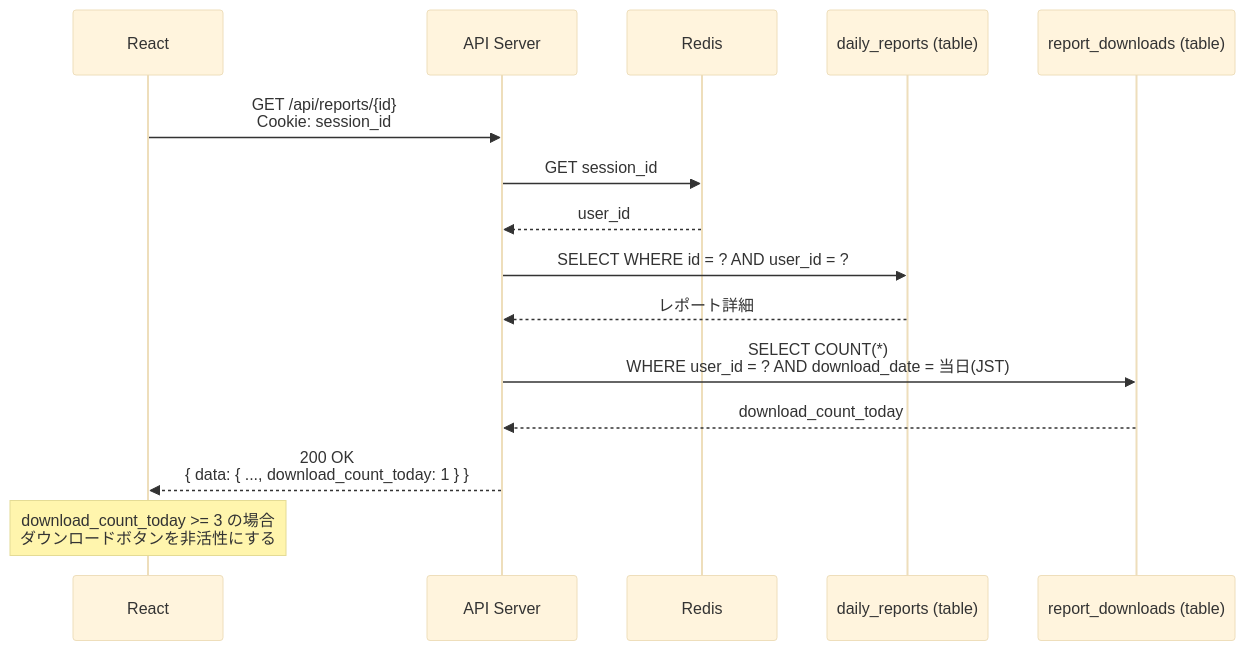
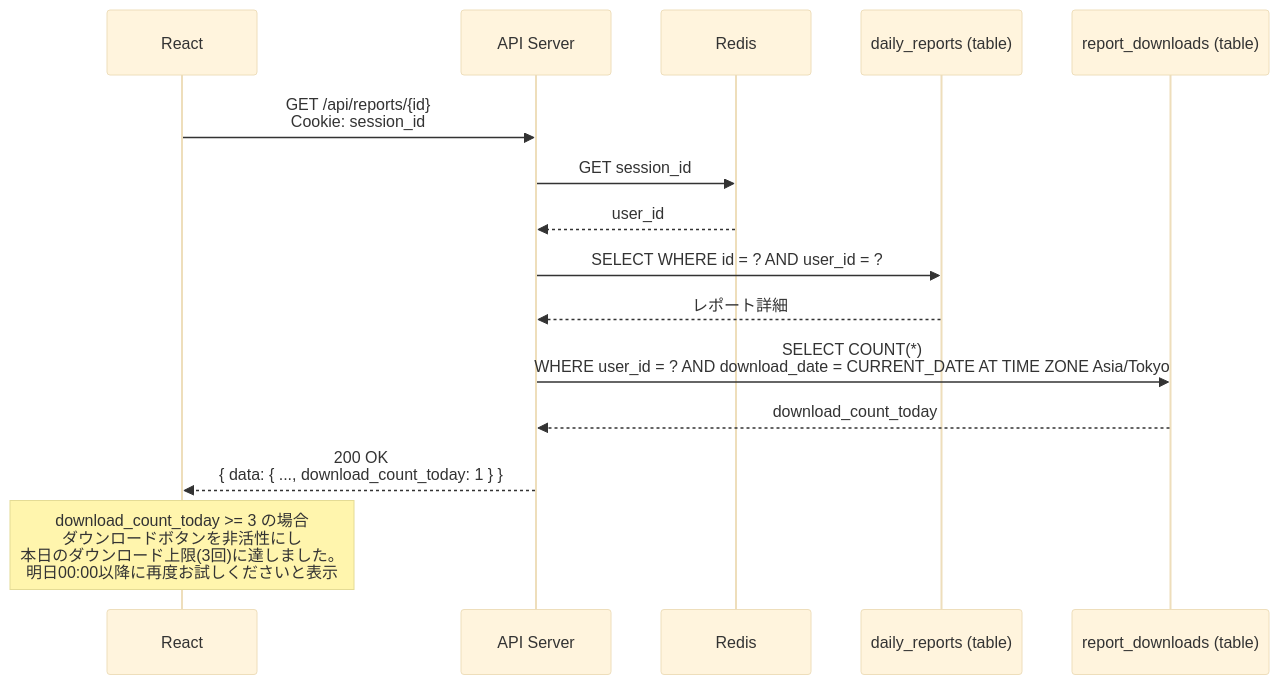
The second of 8 diagrams in basic_design/sequence/レポートダウンロード.md (riaton/home-smart-factory), drawn with Mermaid (base theme) before and after one commit. The commit also changed other lines of this file and 7 other files, not shown here.

````diff
--- a/basic_design/sequence/レポートダウンロード.md
+++ b/basic_design/sequence/レポートダウンロード.md
@@ -34,21 +34,21 @@
 ```mermaid
 sequenceDiagram
     participant React as React
     participant API as API Server
     participant Redis as Redis
     participant Reports as daily_reports (table)
     participant Downloads as report_downloads (table)
 
     React->>API: GET /api/reports/{id}<br/>Cookie: session_id
     API->>Redis: GET session_id
     Redis-->>API: user_id
 
     API->>Reports: SELECT WHERE id = ? AND user_id = ?
     Reports-->>API: レポート詳細
 
-    API->>Downloads: SELECT COUNT(*)<br/>WHERE user_id = ? AND download_date = 当日(JST)
+    API->>Downloads: SELECT COUNT(*)<br/>WHERE user_id = ? AND download_date = CURRENT_DATE AT TIME ZONE Asia/Tokyo
     Downloads-->>API: download_count_today
 
     API-->>React: 200 OK<br/>{ data: { ..., download_count_today: 1 } }
-    Note over React: download_count_today >= 3 の場合<br/>ダウンロードボタンを非活性にする
+    Note over React: download_count_today >= 3 の場合<br/>ダウンロードボタンを非活性にし<br/>本日のダウンロード上限(3回)に達しました。<br/>明日00:00以降に再度お試しくださいと表示
 ```
````
